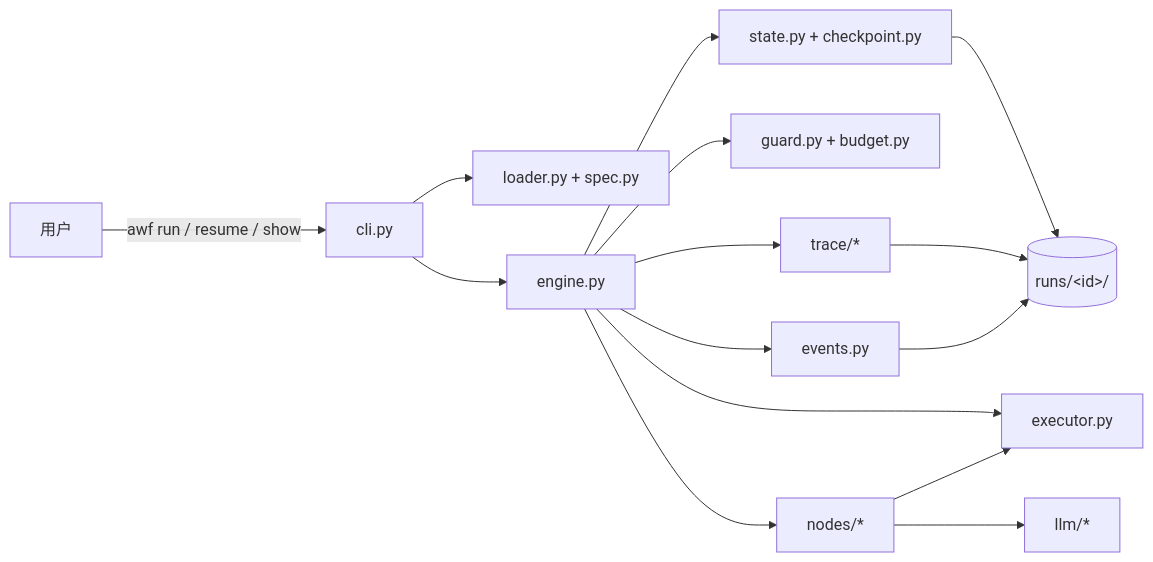
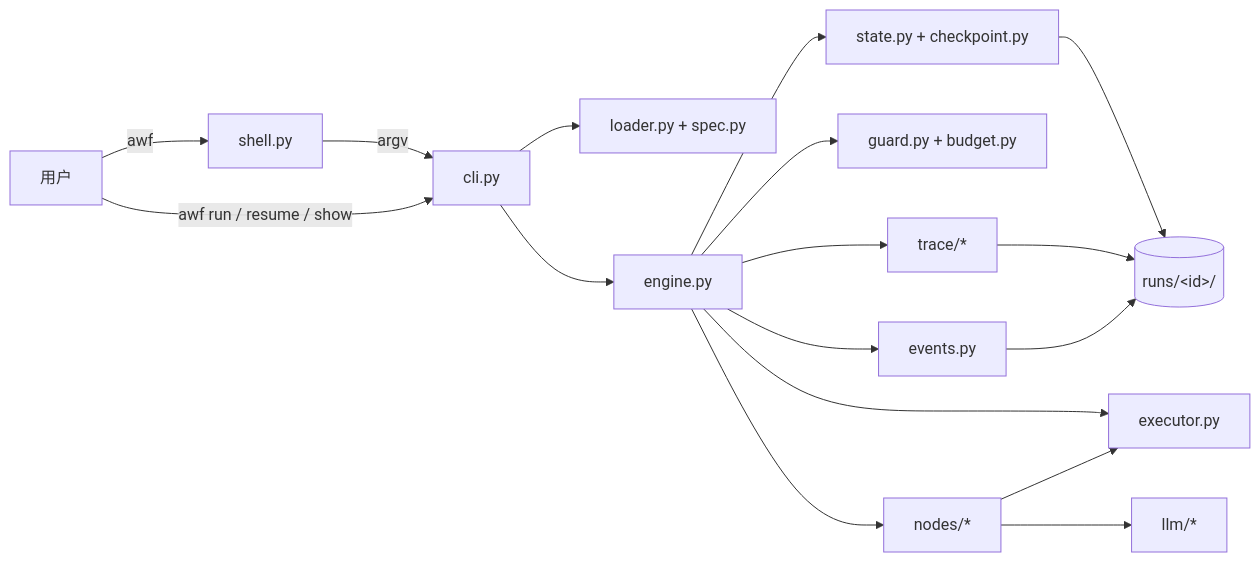
One commit to TheBland73/AWengine changed the first of 2 diagrams in docs/architecture.md. Above: the diagram before and after it, drawn with Mermaid. The commit also changed other lines of this file and 3 other files, not shown here.

````diff
--- a/docs/architecture.md
+++ b/docs/architecture.md
@@ -5,17 +5,19 @@
 ```mermaid
 flowchart LR
-    User[用户] -->|awf run / resume / show| CLI[cli.py]
+    User[用户] -->|awf| Shell[shell.py]
+    Shell -->|argv| CLI[cli.py]
+    User -->|awf run / resume / show| CLI
     CLI --> Loader[loader.py + spec.py]
     CLI --> Engine[engine.py]
     Engine --> State[state.py + checkpoint.py]
     Engine --> Guard[guard.py + budget.py]
     Engine --> Exec[executor.py]
     Engine --> Nodes[nodes/*]
     Nodes --> LLM[llm/*]
     Nodes --> Exec
     Engine --> Bus[events.py]
     Engine --> Trace[trace/*]
     State --> Runs[(runs/&lt;id&gt;/)]
     Trace --> Runs
     Bus --> Runs
 ```
````
